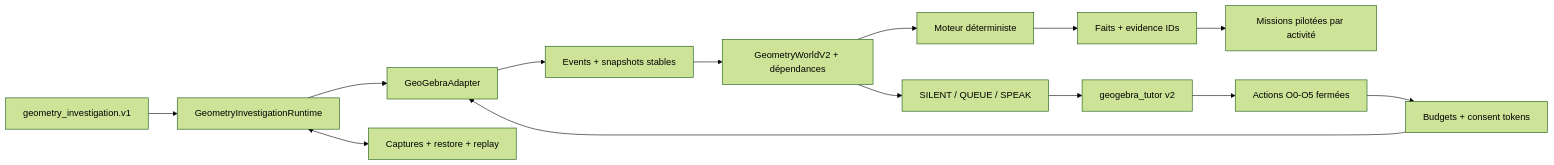
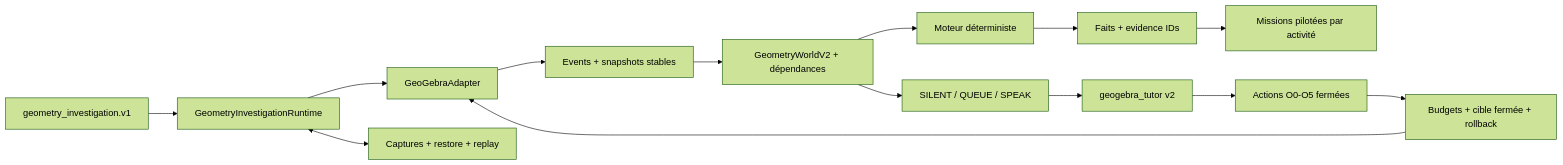
Before and after one commit to VincentNinIA/Compass: the first of 3 diagrams in docs/ARCHITECTURE.md, drawn with Mermaid (forest theme). The commit also changed other lines of this file and 29 other files, not shown here.

````diff
--- a/docs/ARCHITECTURE.md
+++ b/docs/ARCHITECTURE.md
@@ -464,16 +464,16 @@
 ```mermaid
 flowchart LR
     Activity["geometry_investigation.v1"] --> Runtime["GeometryInvestigationRuntime"]
     Runtime --> Adapter["GeoGebraAdapter"]
     Adapter --> Bridge["Events + snapshots stables"]
     Bridge --> World["GeometryWorldV2 + dépendances"]
     World --> Engine["Moteur déterministe"]
     Engine --> Facts["Faits + evidence IDs"]
     Facts --> Missions["Missions pilotées par activité"]
     World --> Policy["SILENT / QUEUE / SPEAK"]
     Policy --> Realtime["geogebra_tutor v2"]
     Realtime --> Gateway["Actions O0-O5 fermées"]
-    Gateway --> Consent["Budgets + consent tokens"]
-    Consent --> Adapter
+    Gateway --> Guards["Budgets + cible fermée + rollback"]
+    Guards --> Adapter
     Runtime <--> Checkpoints["Captures + restore + replay"]
 ```
````
